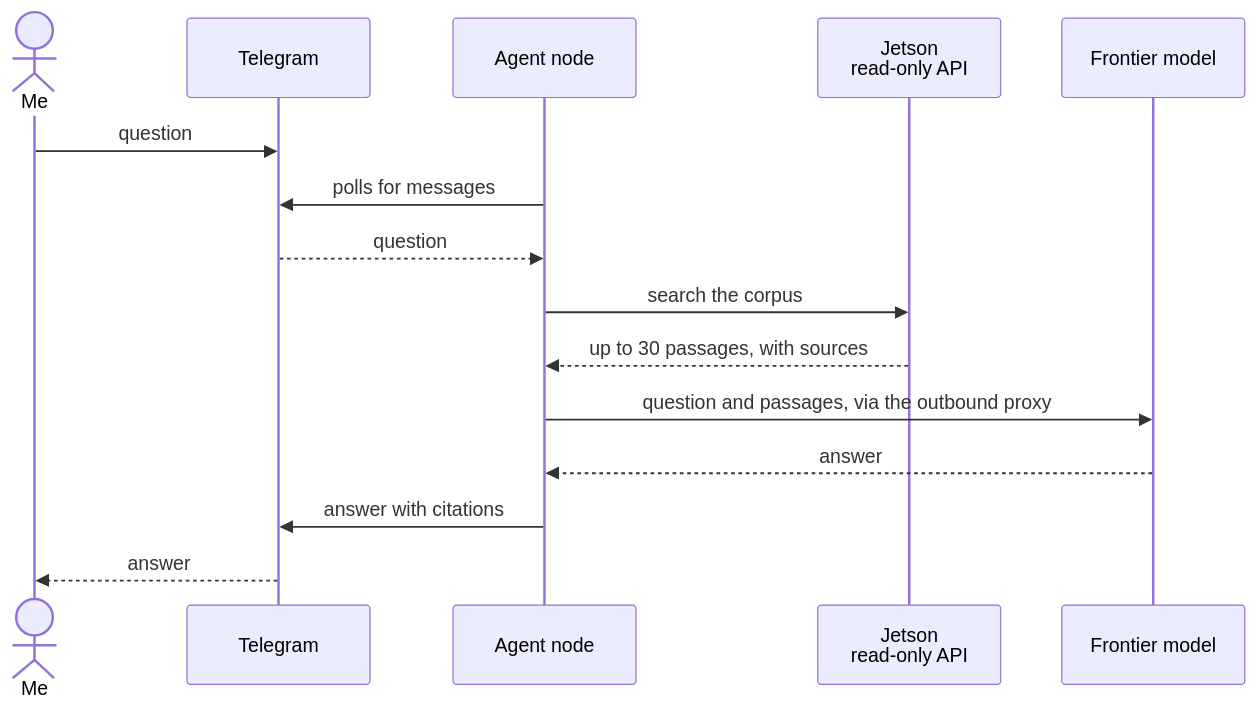
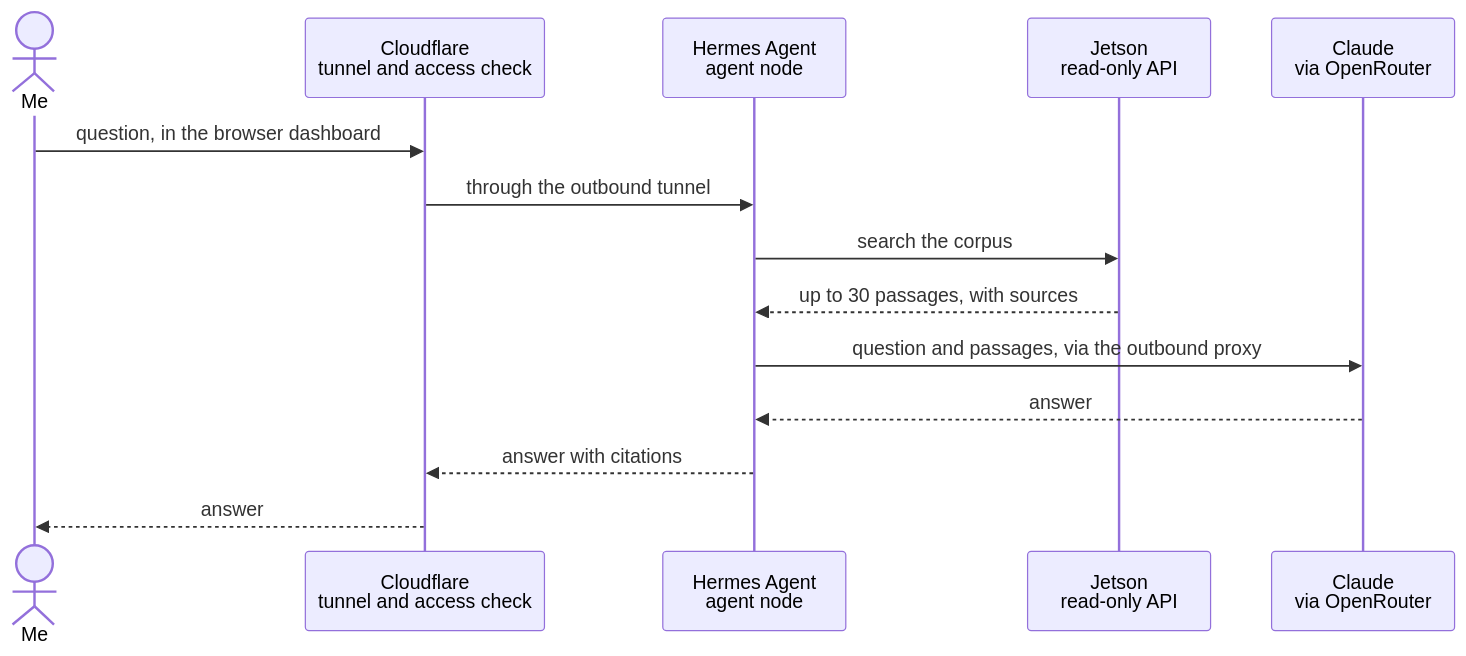
Before and after one commit to jamessmithies/the-mechanism-project: the second of 2 diagrams in docs/how-it-works.md, drawn with Mermaid. The commit also changed other lines of this file and 1 other file, not shown here.

Commit message:
Name the components; the browser dashboard is the main interface; less AppArmor detail

````diff
--- a/docs/how-it-works.md
+++ b/docs/how-it-works.md
@@ -60,17 +60,16 @@
 ```mermaid
 sequenceDiagram
     actor Me
-    participant T as Telegram
-    participant A as Agent node
+    participant C as Cloudflare<br/>tunnel and access check
+    participant A as Hermes Agent<br/>agent node
     participant V as Jetson<br/>read-only API
-    participant F as Frontier model
-    Me->>T: question
-    A->>T: polls for messages
-    T-->>A: question
+    participant F as Claude<br/>via OpenRouter
+    Me->>C: question, in the browser dashboard
+    C->>A: through the outbound tunnel
     A->>V: search the corpus
     V-->>A: up to 30 passages, with sources
     A->>F: question and passages, via the outbound proxy
     F-->>A: answer
-    A->>T: answer with citations
-    T-->>Me: answer
+    A-->>C: answer with citations
+    C-->>Me: answer
 ```
````
